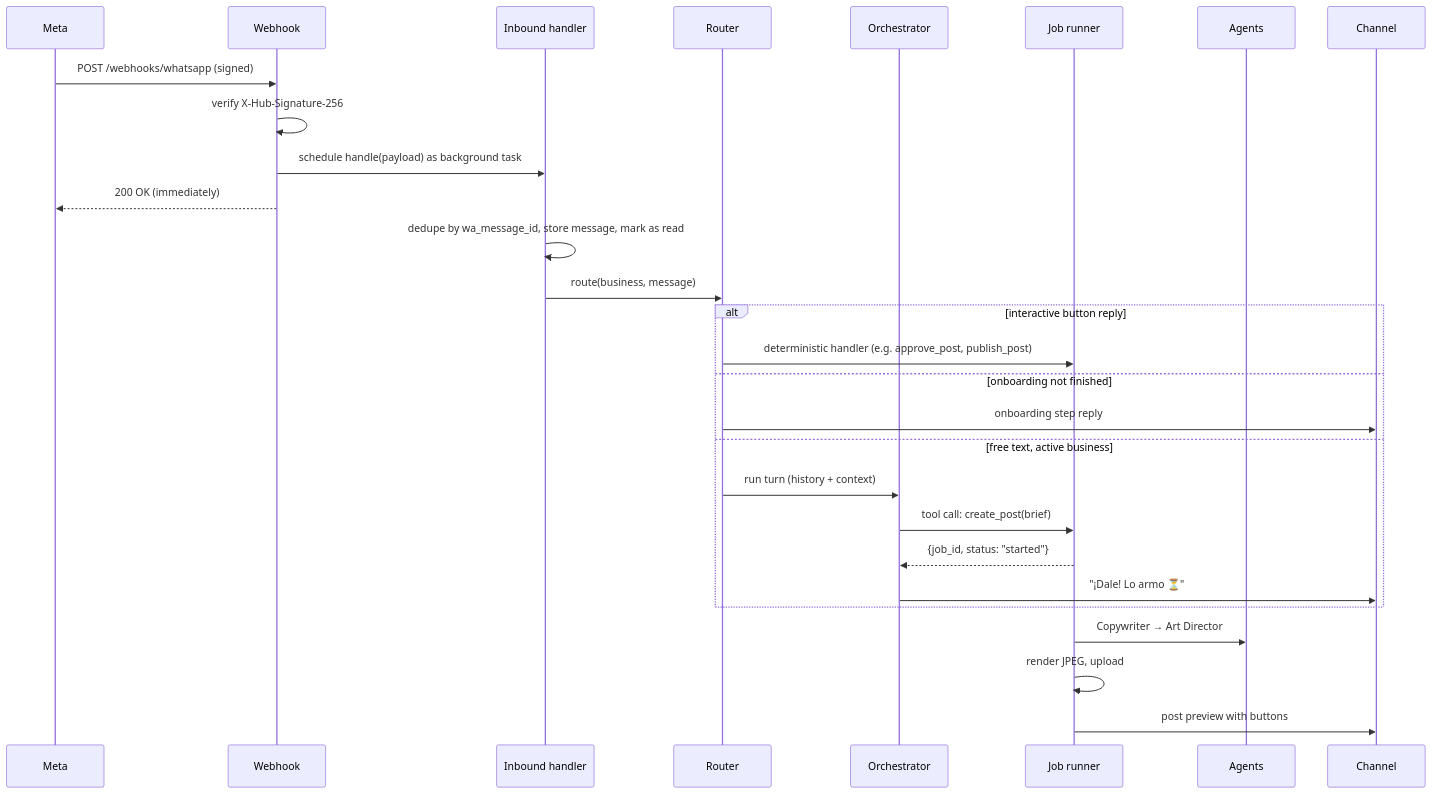
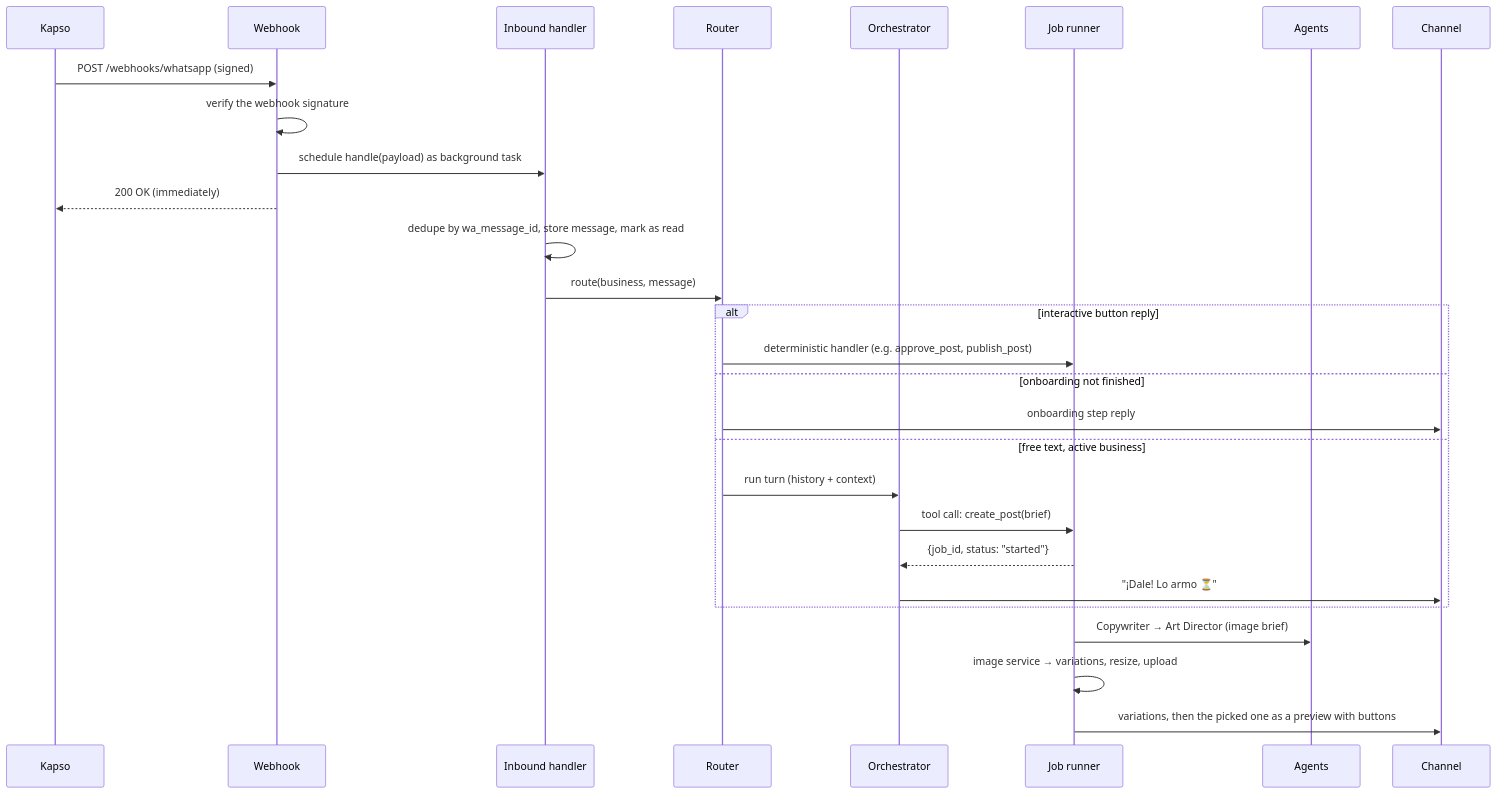
One commit to Dimple6114/build101 changed the third of 4 diagrams in docs/architecture/overview.md. Above: the diagram before and after it, drawn with Mermaid. The commit also changed other lines of this file and 66 other files, not shown here.

First line of the commit message:
docs: host on Railway, generate post images with Gemini, WhatsApp via Kapso (#13)

````diff
--- a/docs/architecture/overview.md
+++ b/docs/architecture/overview.md
@@ -108,31 +109,31 @@
 ```mermaid
 sequenceDiagram
-    participant M as Meta
+    participant M as Kapso
     participant W as Webhook
     participant H as Inbound handler
     participant R as Router
     participant O as Orchestrator
     participant J as Job runner
     participant A as Agents
     participant C as Channel
 
     M->>W: POST /webhooks/whatsapp (signed)
-    W->>W: verify X-Hub-Signature-256
+    W->>W: verify the webhook signature
     W->>H: schedule handle(payload) as background task
     W-->>M: 200 OK (immediately)
     H->>H: dedupe by wa_message_id, store message, mark as read
     H->>R: route(business, message)
     alt interactive button reply
         R->>J: deterministic handler (e.g. approve_post, publish_post)
     else onboarding not finished
         R->>C: onboarding step reply
     else free text, active business
         R->>O: run turn (history + context)
         O->>J: tool call: create_post(brief)
         J-->>O: {job_id, status: "started"}
         O->>C: "¡Dale! Lo armo ⏳"
     end
-    J->>A: Copywriter → Art Director
-    J->>J: render JPEG, upload
-    J->>C: post preview with buttons
+    J->>A: Copywriter → Art Director (image brief)
+    J->>J: image service → variations, resize, upload
+    J->>C: variations, then the picked one as a preview with buttons
 ```
````
